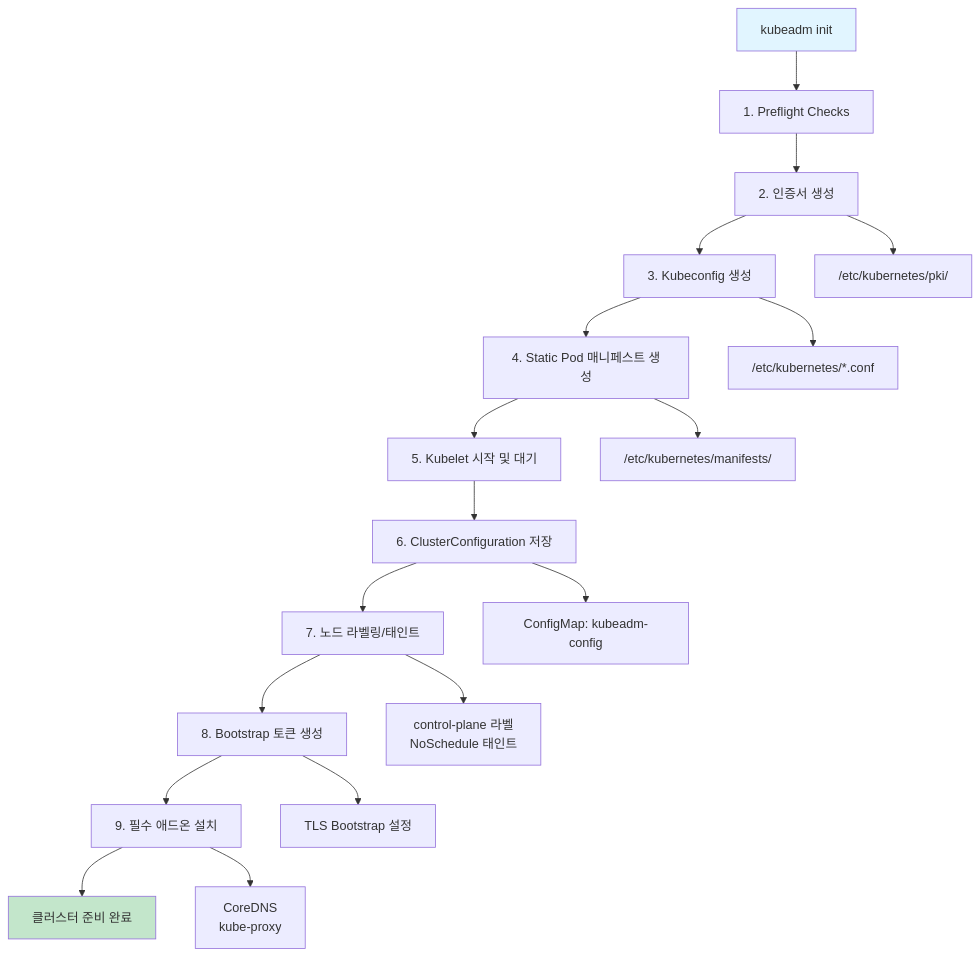
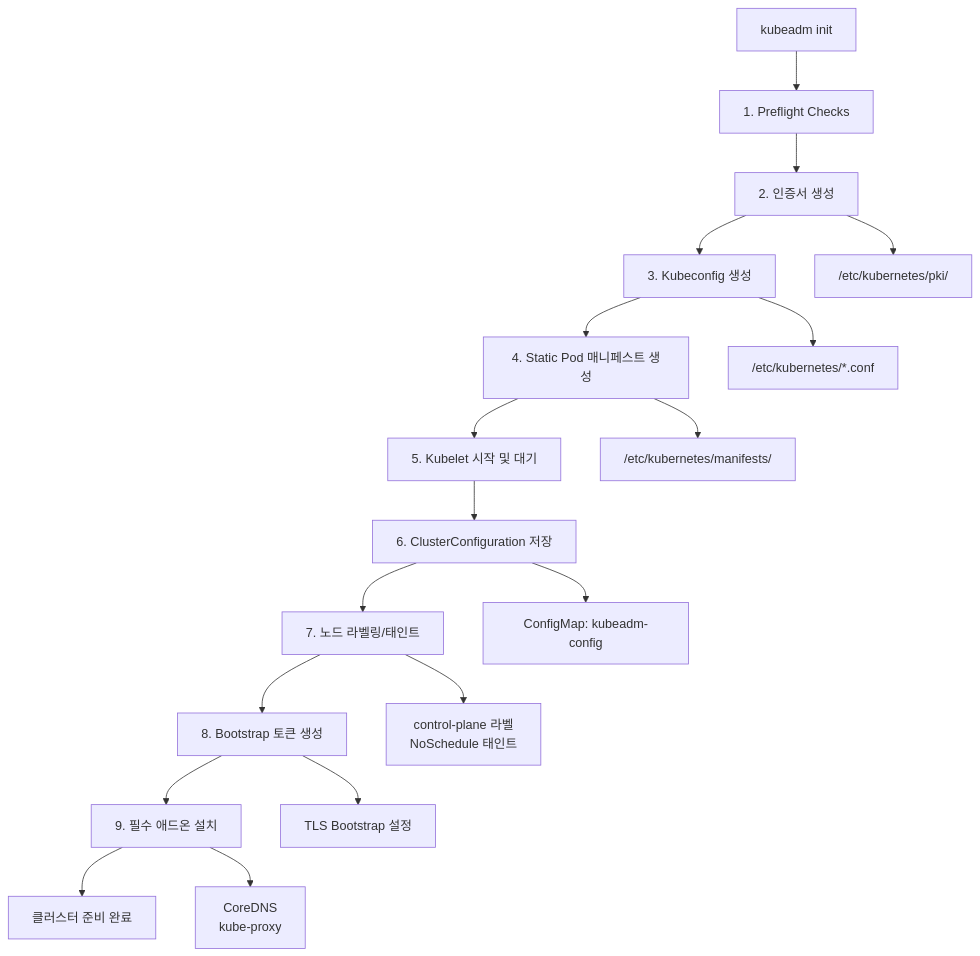
Before and after one commit to juwon8891/juwon8891.github.io: the first of 8 diagrams in docs/k8s-deploy/week3-kubeadm-upgrade.md, drawn with Mermaid. The commit also changed other lines of this file and 18 other files, not shown here.

Commit message:
Remove bright colors from Mermaid diagrams for dark mode compatibility

````diff
--- a/docs/k8s-deploy/week3-kubeadm-upgrade.md
+++ b/docs/k8s-deploy/week3-kubeadm-upgrade.md
@@ -81,24 +81,22 @@
 ```mermaid
 flowchart TD
     A[kubeadm init] --> B["1. Preflight Checks"]
     B --> C["2. 인증서 생성"]
     C --> D["3. Kubeconfig 생성"]
     D --> E["4. Static Pod 매니페스트 생성"]
     E --> F["5. Kubelet 시작 및 대기"]
     F --> G["6. ClusterConfiguration 저장"]
     G --> H["7. 노드 라벨링/태인트"]
     H --> I["8. Bootstrap 토큰 생성"]
     I --> J["9. 필수 애드온 설치"]
     J --> K[클러스터 준비 완료]
 
     C --> C1["/etc/kubernetes/pki/"]
     D --> D1["/etc/kubernetes/*.conf"]
     E --> E1["/etc/kubernetes/manifests/"]
     G --> G1["ConfigMap: kubeadm-config"]
     H --> H1["control-plane 라벨<br>NoSchedule 태인트"]
     I --> I1["TLS Bootstrap 설정"]
     J --> J1["CoreDNS<br>kube-proxy"]
 
-    style A fill:#e1f5ff
-    style K fill:#c3e6cb
 ```
````
